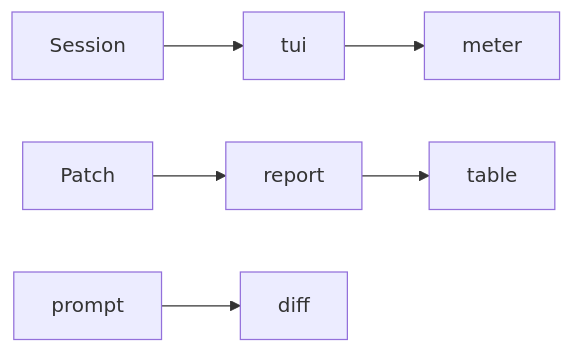
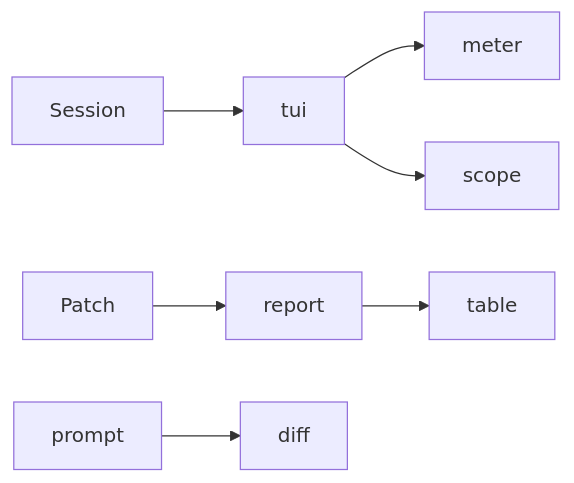
Before and after one commit to turkosaurus/synth: the diagram in src/view/README.md, drawn with Mermaid. The commit also changed other lines of this file and 6 other files, not shown here.

Commit message:
tui: live scope from the output tee, held on a rising zero crossing

````diff
--- a/src/view/README.md
+++ b/src/view/README.md
@@ -14,6 +15,6 @@
 ```mermaid
 flowchart LR
-    Session --> tui --> meter
+    Session --> tui --> meter & scope
     Patch --> report --> table
     prompt --> diff
 ```
````
